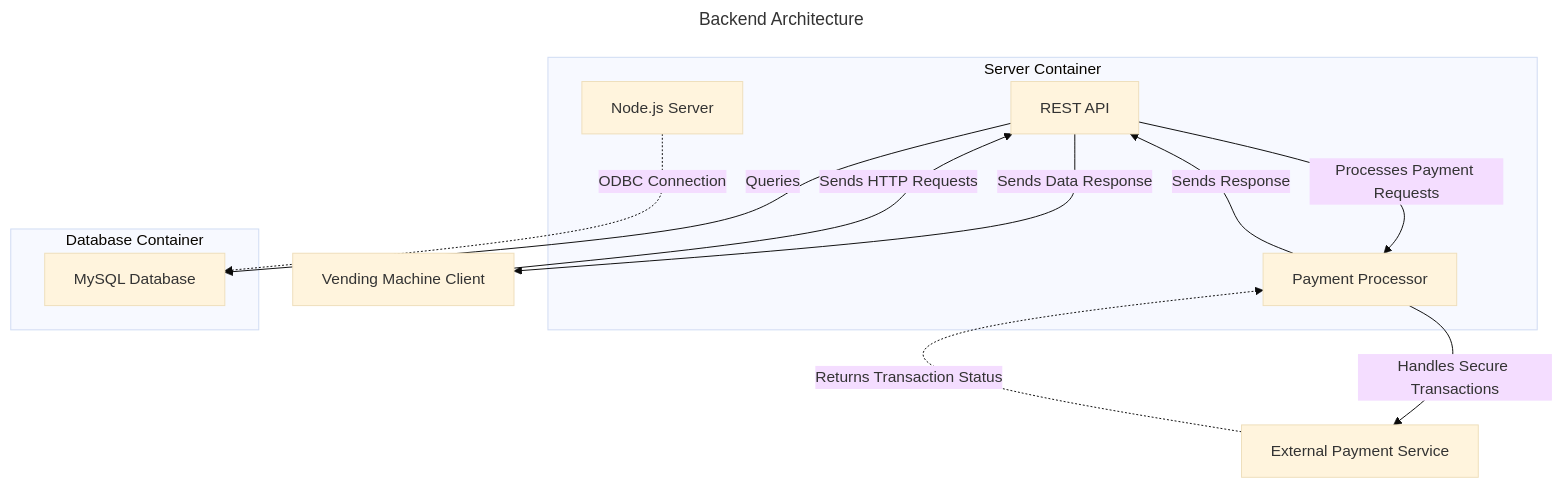
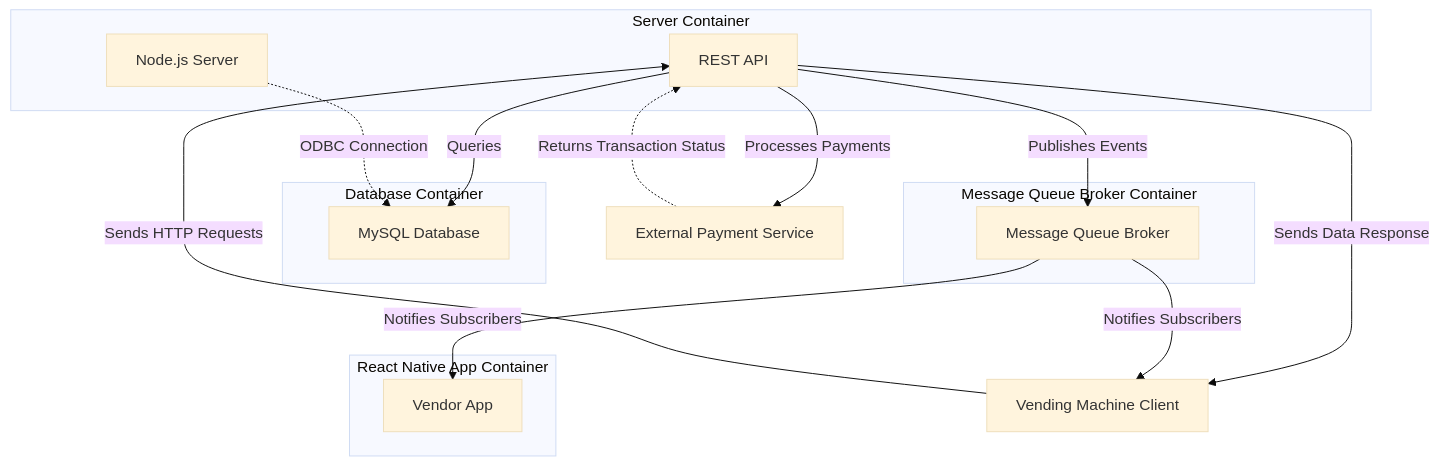
The second of 2 diagrams in docs/architecture.md (MrPotato53/Vending-Machine), drawn with Mermaid (base theme) before and after one commit. The commit also changed other lines of this file and 1 other file, not shown here.

Commit message:
Updated README and architecture doc. still need to update the database ERD

````diff
--- a/docs/architecture.md
+++ b/docs/architecture.md
@@ -144,26 +114,30 @@
 ```mermaid
----
-title: Backend Architecture
----
-
 graph TD;
     subgraph ServerContainer["Server Container"]
         Server["Node.js Server"]
         API["REST API"]
-        PaymentProcessor["Payment Processor"]
     end
 
     subgraph DatabaseContainer["Database Container"]
         Database["MySQL Database"]
     end
 
+    subgraph ReactNativeContainer["React Native App Container"]
+        ReactNativeApp["Vendor App"]
+    end
+
+    subgraph MessageBrokerContainer["Message Queue Broker Container"]
+        MessageBroker["Message Queue Broker"]
+    end
+
     Client["Vending Machine Client"] -->|Sends HTTP Requests| API
     API -->|Queries| Database
-    API -->|Processes Payment Requests| PaymentProcessor
-    PaymentProcessor -->|Handles Secure Transactions| ExternalPaymentService["External Payment Service"]
-    ExternalPaymentService -.->|Returns Transaction Status| PaymentProcessor
-    PaymentProcessor -->|Sends Response| API
+    API -->|Processes Payments| ExternalPaymentService["External Payment Service"]
+    ExternalPaymentService -.->|Returns Transaction Status| API
     API -->|Sends Data Response| Client
 
     Server -.->|ODBC Connection| Database
+    API -->|Publishes Events| MessageBroker
+    MessageBroker -->|Notifies Subscribers| ReactNativeApp
+    MessageBroker -->|Notifies Subscribers| Client
 ```
````
